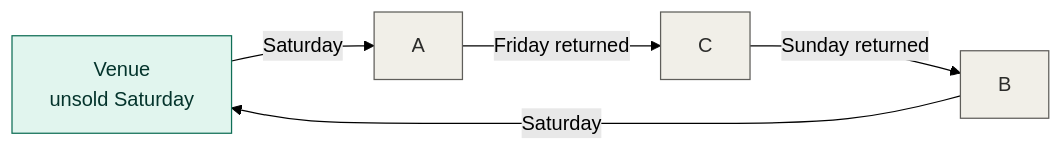
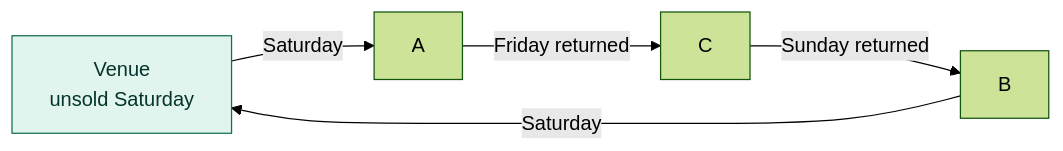
The sixth of 26 diagrams in README.md (angelphoon7/online2026), drawn with Mermaid (forest theme) before and after one commit. The commit also changed other lines of this file, not shown here.

````diff
--- a/README.md
+++ b/README.md
@@ -190,12 +159,10 @@
 ```mermaid
 flowchart LR
     V["Venue<br/>unsold Saturday"] -->|"Saturday"| A["A"]
     A -->|"Friday returned"| C["C"]
     C -->|"Sunday returned"| B["B"]
     B -->|"Saturday"| V
 
-    style V fill:#E1F5EE,stroke:#0F6E56,color:#04342C
-    style A fill:#F1EFE8,stroke:#5F5E5A,color:#2C2C2A
-    style B fill:#F1EFE8,stroke:#5F5E5A,color:#2C2C2A
-    style C fill:#F1EFE8,stroke:#5F5E5A,color:#2C2C2A
+    classDef ok fill:#E1F5EE,stroke:#0F6E56,stroke-width:1px,color:#04342C
+    class V ok
 ```
````
